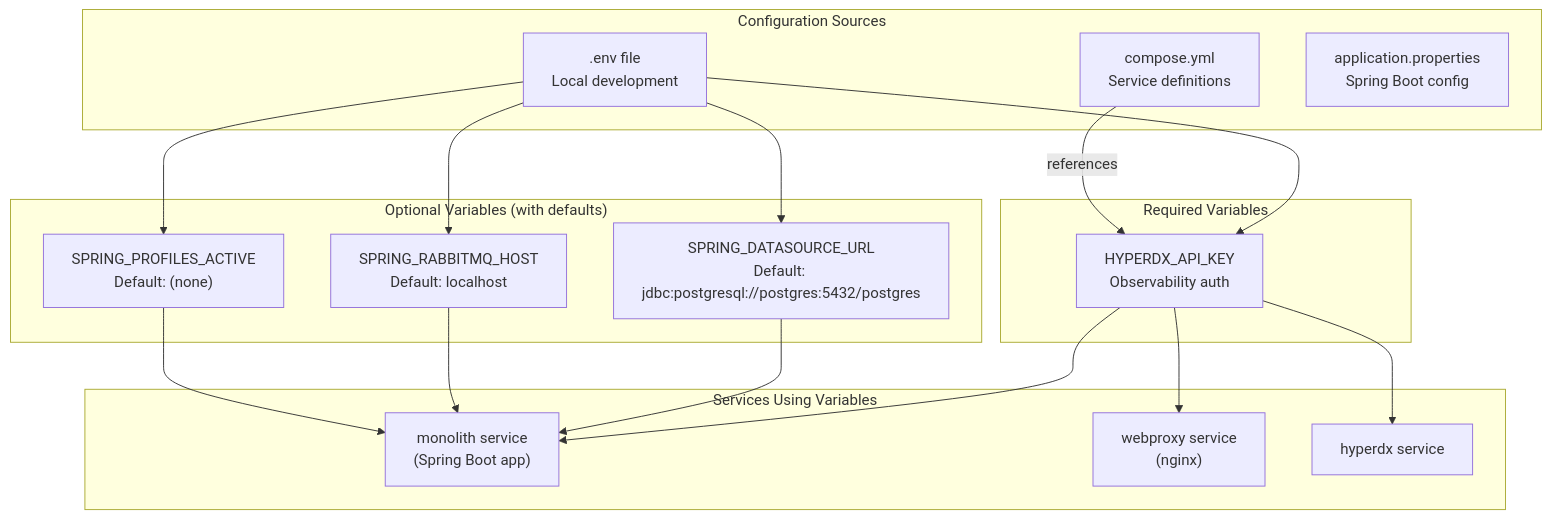
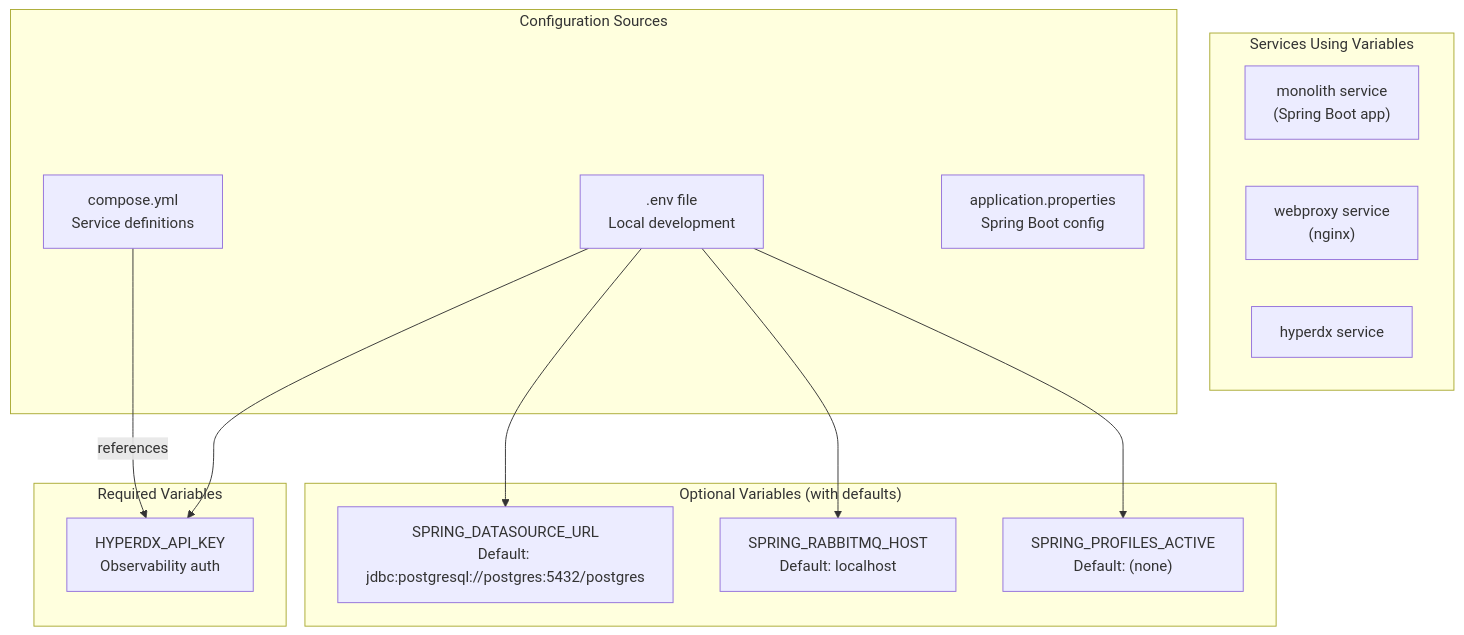
Before and after one commit to philipz/spring-modular-monolith: the third of 3 diagrams in docs/deepwiki/Prerequisites-and-Installation.md, drawn with Mermaid. The commit also changed other lines of this file and 32 other files, not shown here.

````diff
--- a/docs/deepwiki/Prerequisites-and-Installation.md
+++ b/docs/deepwiki/Prerequisites-and-Installation.md
@@ -443,48 +443,42 @@
 ```mermaid
 flowchart TD
 
 EnvFile[".env file<br>Local development"]
 ComposeFile["compose.yml<br>Service definitions"]
 AppProps["application.properties<br>Spring Boot config"]
 HYPERDX_KEY["HYPERDX_API_KEY<br>Observability auth"]
 SPRING_DATASOURCE_URL["SPRING_DATASOURCE_URL<br>Default: jdbc:postgresql://postgres:5432/postgres"]
 SPRING_RABBITMQ_HOST["SPRING_RABBITMQ_HOST<br>Default: localhost"]
 SPRING_PROFILES_ACTIVE["SPRING_PROFILES_ACTIVE<br>Default: (none)"]
 Monolith["monolith service<br>(Spring Boot app)"]
 Webproxy["webproxy service<br>(nginx)"]
 HyperDX["hyperdx service"]
 
 EnvFile --> HYPERDX_KEY
 EnvFile --> SPRING_DATASOURCE_URL
 EnvFile --> SPRING_RABBITMQ_HOST
 EnvFile --> SPRING_PROFILES_ACTIVE
 ComposeFile -->|"references"| HYPERDX_KEY
-HYPERDX_KEY --> Webproxy
-HYPERDX_KEY --> Monolith
-HYPERDX_KEY --> HyperDX
-SPRING_DATASOURCE_URL --> Monolith
-SPRING_RABBITMQ_HOST --> Monolith
-SPRING_PROFILES_ACTIVE --> Monolith
 
 subgraph subGraph3 ["Services Using Variables"]
     Monolith
     Webproxy
     HyperDX
 end
 
 subgraph subGraph2 ["Optional Variables (with defaults)"]
     SPRING_DATASOURCE_URL
     SPRING_RABBITMQ_HOST
     SPRING_PROFILES_ACTIVE
 end
 
 subgraph subGraph1 ["Required Variables"]
     HYPERDX_KEY
 end
 
 subgraph subGraph0 ["Configuration Sources"]
     EnvFile
     ComposeFile
     AppProps
 end
 ```
````
